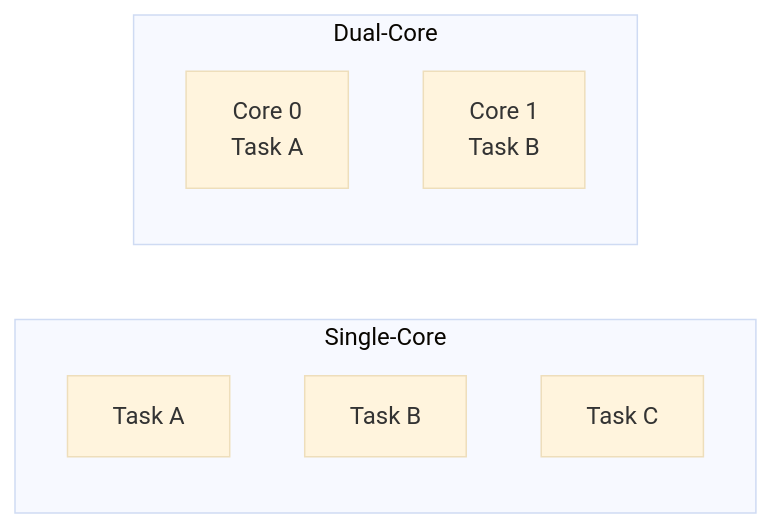
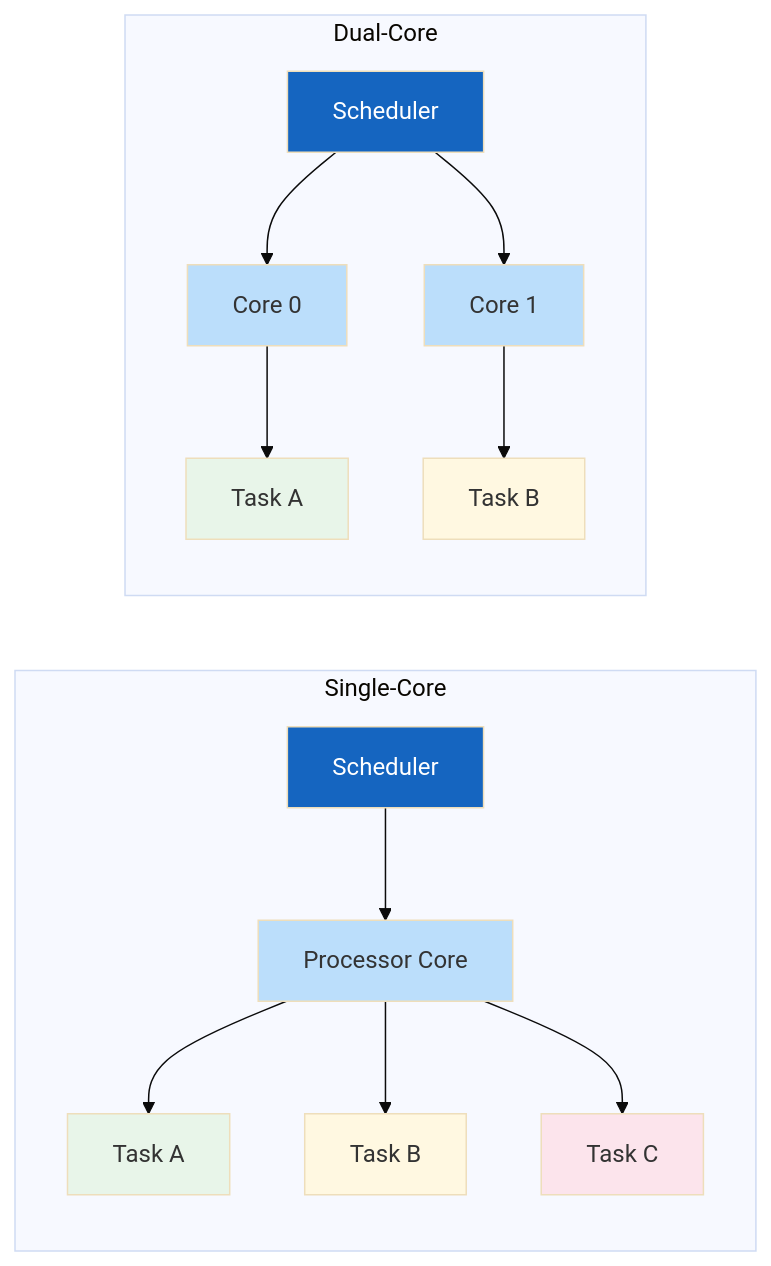
One commit to Rahu7p/rp2040-freertos-smp-labs changed the second of 3 diagrams in docs/chapter01/README.md. Above: the diagram before and after it, drawn with Mermaid (base theme). The commit also changed other lines of this file, not shown here.

````diff
--- a/docs/chapter01/README.md
+++ b/docs/chapter01/README.md
@@ -63,14 +72,41 @@
 ```mermaid
 flowchart LR
 
 subgraph Single-Core
-A1["Task A"]
-B1["Task B"]
-C1["Task C"]
+
+S1["Scheduler"]
+
+S1 --> C0["Processor Core"]
+
+C0 --> T1["Task A"]
+C0 --> T2["Task B"]
+C0 --> T3["Task C"]
+
 end
 
 subgraph Dual-Core
-A2["Core 0<br/>Task A"]
-B2["Core 1<br/>Task B"]
+
+S2["Scheduler"]
+
+S2 --> P0["Core 0"]
+S2 --> P1["Core 1"]
+
+P0 --> TA["Task A"]
+P1 --> TB["Task B"]
+
 end
+
+style S1 fill:#1565C0,color:#ffffff
+style S2 fill:#1565C0,color:#ffffff
+
+style C0 fill:#BBDEFB
+style P0 fill:#BBDEFB
+style P1 fill:#BBDEFB
+
+style T1 fill:#E8F5E9
+style T2 fill:#FFF8E1
+style T3 fill:#FCE4EC
+
+style TA fill:#E8F5E9
+style TB fill:#FFF8E1
 ```
````
